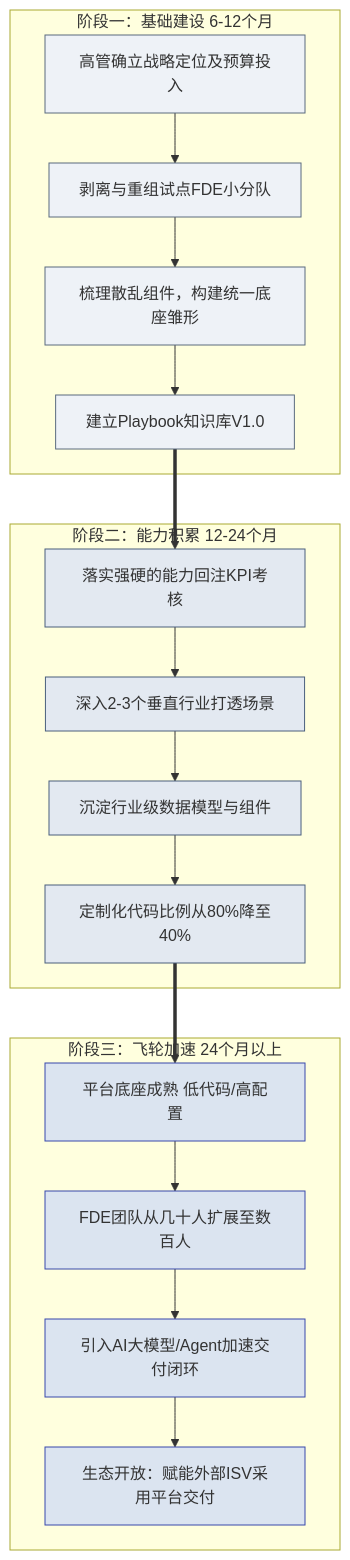
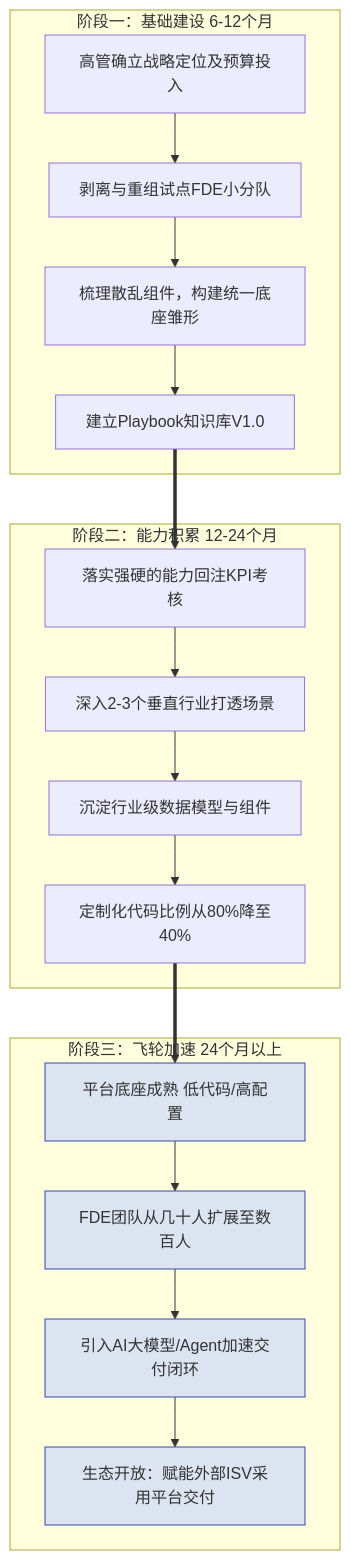
Before and after one commit to cloudzun/fde-course: the diagram in textbook/第14章_中国区FDE转型的五大挑战与应对.md, drawn with Mermaid. The commit also changed 10 other files, not shown here.

Commit message:
style: 全库mermaid配色统一以第11章为标准——删主色灰底style，仅保留强调蓝/琥珀金/绿/红四色点缀（40行，方向与第11章图不动）

````diff
--- a/textbook/第14章_中国区FDE转型的五大挑战与应对.md
+++ b/textbook/第14章_中国区FDE转型的五大挑战与应对.md
@@ -143,36 +143,32 @@
 ```mermaid
 graph TD
     subgraph p1["阶段一：基础建设 6-12个月"]
         A1["高管确立战略定位及预算投入"]
         A2["剥离与重组试点FDE小分队"]
         A3["梳理散乱组件，构建统一底座雏形"]
         A4["建立Playbook知识库V1.0"]
     end
 
     subgraph p2["阶段二：能力积累 12-24个月"]
         B1["落实强硬的能力回注KPI考核"]
         B2["深入2-3个垂直行业打透场景"]
         B3["沉淀行业级数据模型与组件"]
         B4["定制化代码比例从80%降至40%"]
     end
 
     subgraph p3["阶段三：飞轮加速 24个月以上"]
         C1["平台底座成熟 低代码/高配置"]
         C2["FDE团队从几十人扩展至数百人"]
         C3["引入AI大模型/Agent加速交付闭环"]
         C4["生态开放：赋能外部ISV采用平台交付"]
     end
 
     A1 --> A2 --> A3 --> A4
     A4 ==> B1
     B1 --> B2 --> B3 --> B4
     B4 ==> C1
     C1 --> C2 --> C3 --> C4
 
-    classDef s1 fill:#eef2f7,stroke:#5a6b7f;
-    classDef s2 fill:#e3e9f1,stroke:#4a5f7d;
     classDef s3 fill:#dbe4f0,stroke:#3949ab;
-    class A1,A2,A3,A4 s1;
-    class B1,B2,B3,B4 s2;
     class C1,C2,C3,C4 s3;
 ```
````
